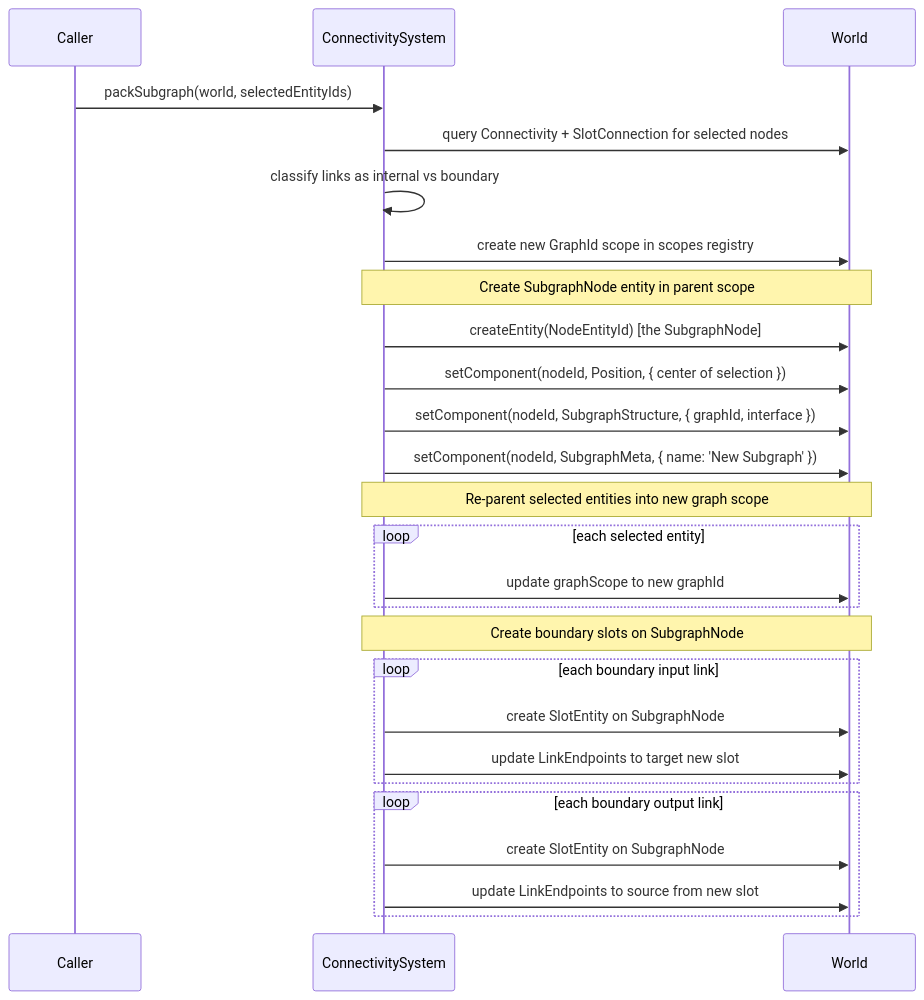
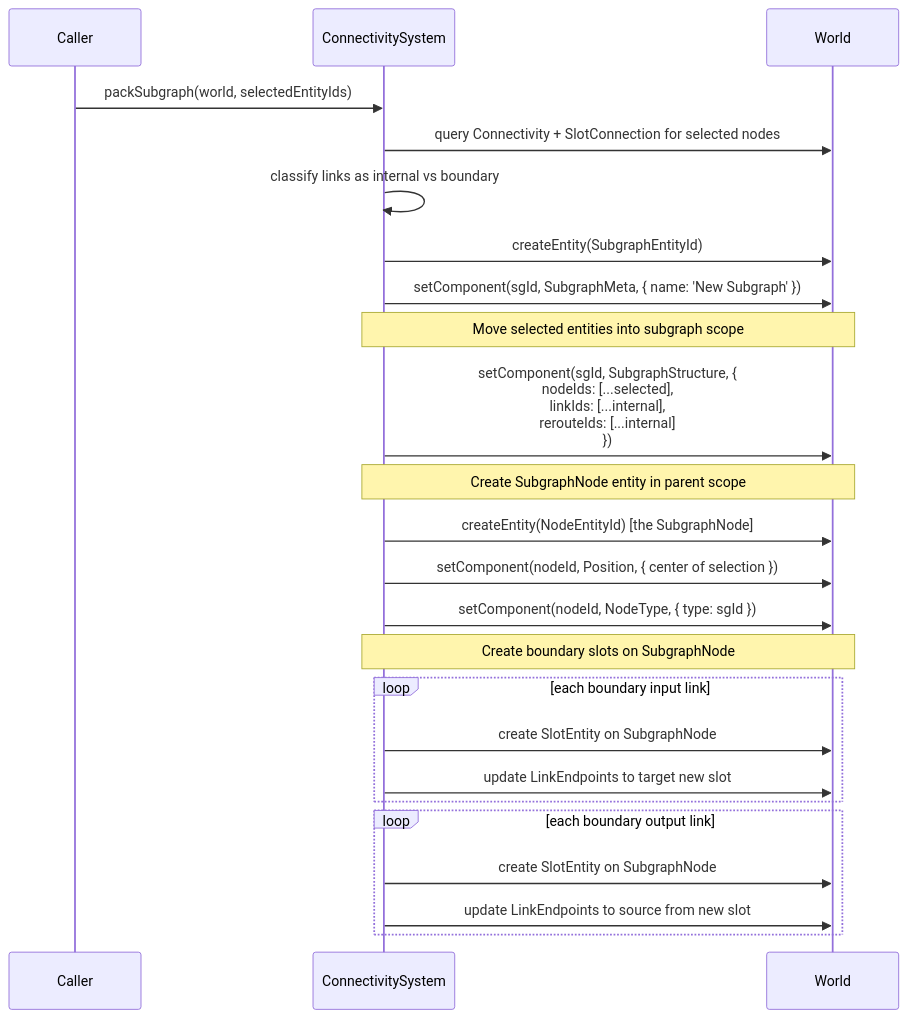
The eighth of 14 diagrams in docs/architecture/ecs-lifecycle-scenarios.md (Comfy-Org/ComfyUI_frontend), drawn with Mermaid before and after one commit. The commit also changed other lines of this file and 1 other file, not shown here.

First line of the commit message:
fix: tighten ECS architecture docs and migration gates

````diff
--- a/docs/architecture/ecs-lifecycle-scenarios.md
+++ b/docs/architecture/ecs-lifecycle-scenarios.md
@@ -393,38 +393,36 @@
 ```mermaid
 sequenceDiagram
     participant Caller
     participant CS as ConnectivitySystem
     participant W as World
 
     Caller->>CS: packSubgraph(world, selectedEntityIds)
 
     CS->>W: query Connectivity + SlotConnection for selected nodes
     CS->>CS: classify links as internal vs boundary
 
-    CS->>W: create new GraphId scope in scopes registry
+    CS->>W: createEntity(SubgraphEntityId)
+    CS->>W: setComponent(sgId, SubgraphMeta, { name: 'New Subgraph' })
+
+    Note over CS,W: Move selected entities into subgraph scope
+
+    CS->>W: setComponent(sgId, SubgraphStructure, {<br/>  nodeIds: [...selected],<br/>  linkIds: [...internal],<br/>  rerouteIds: [...internal]<br/>})
 
     Note over CS,W: Create SubgraphNode entity in parent scope
 
     CS->>W: createEntity(NodeEntityId) [the SubgraphNode]
     CS->>W: setComponent(nodeId, Position, { center of selection })
-    CS->>W: setComponent(nodeId, SubgraphStructure, { graphId, interface })
-    CS->>W: setComponent(nodeId, SubgraphMeta, { name: 'New Subgraph' })
-
-    Note over CS,W: Re-parent selected entities into new graph scope
-
-    loop each selected entity
-        CS->>W: update graphScope to new graphId
-    end
+    CS->>W: setComponent(nodeId, NodeType, { type: sgId })
 
     Note over CS,W: Create boundary slots on SubgraphNode
 
     loop each boundary input link
         CS->>W: create SlotEntity on SubgraphNode
         CS->>W: update LinkEndpoints to target new slot
     end
 
     loop each boundary output link
         CS->>W: create SlotEntity on SubgraphNode
         CS->>W: update LinkEndpoints to source from new slot
     end
 ```
````
